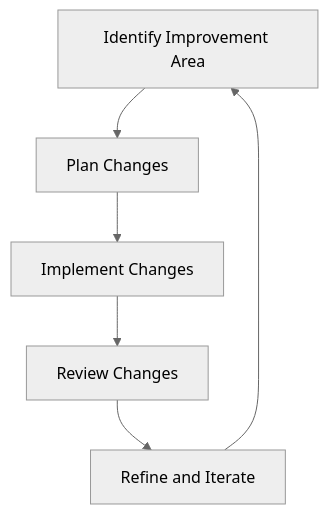
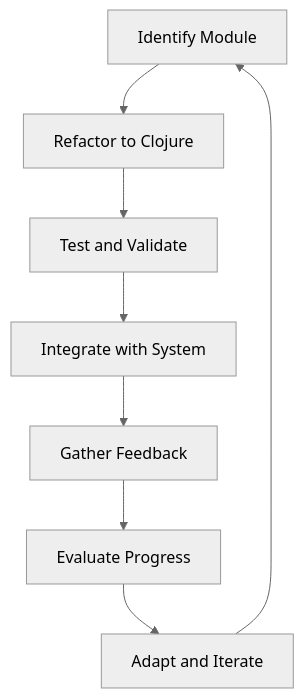
One commit to MasteryEducation/ClojureForJava.com changed the diagram in content/3/21/2/index.md. Above: the diagram before and after it, drawn with Mermaid (neutral theme). The commit also changed other lines of this file and 74 other files, not shown here.

````diff
--- a/content/3/21/2/index.md
+++ b/content/3/21/2/index.md
@@ -153,8 +149,10 @@
 ```mermaid
-flowchart TD
-    A[Identify Improvement Area] --> B[Plan Changes]
-    B --> C[Implement Changes]
-    C --> D[Review Changes]
-    D --> E[Refine and Iterate]
-    E --> A
+graph TD;
+    A[Identify Module] --> B[Refactor to Clojure]
+    B --> C[Test and Validate]
+    C --> D[Integrate with System]
+    D --> E[Gather Feedback]
+    E --> F[Evaluate Progress]
+    F --> G[Adapt and Iterate]
+    G --> A
 ```
````
